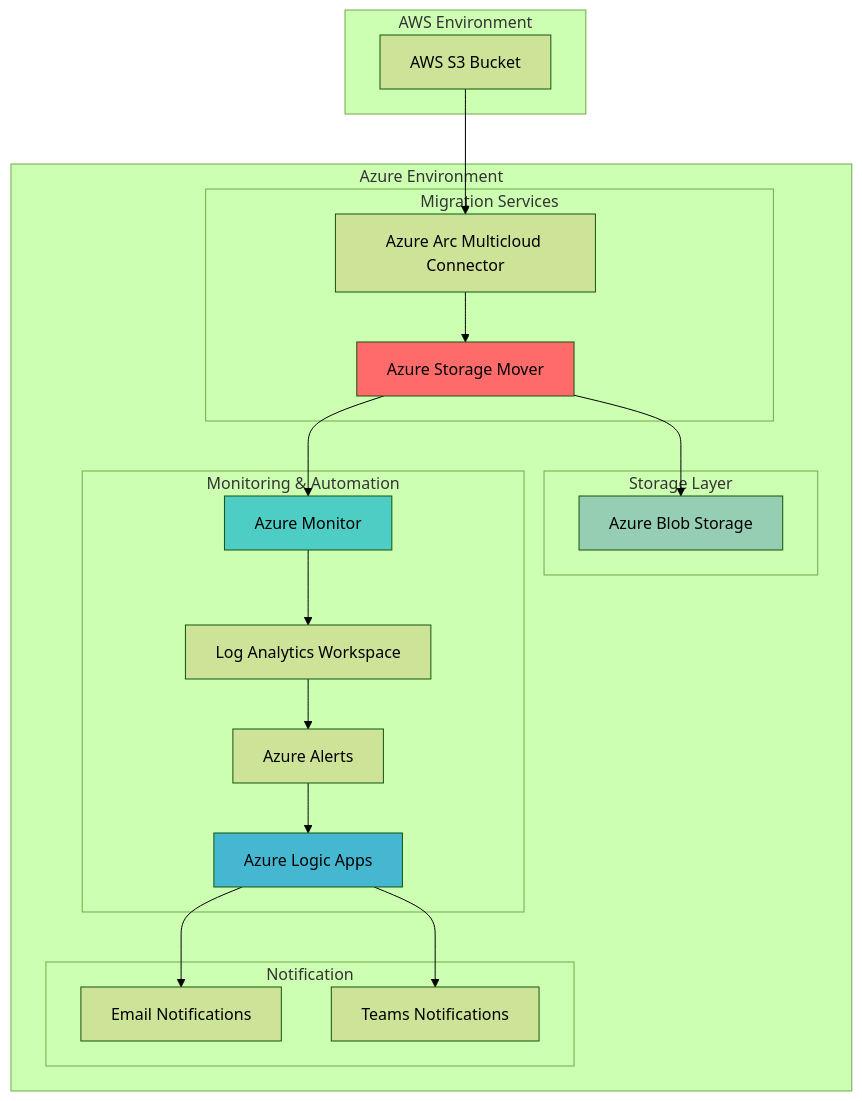
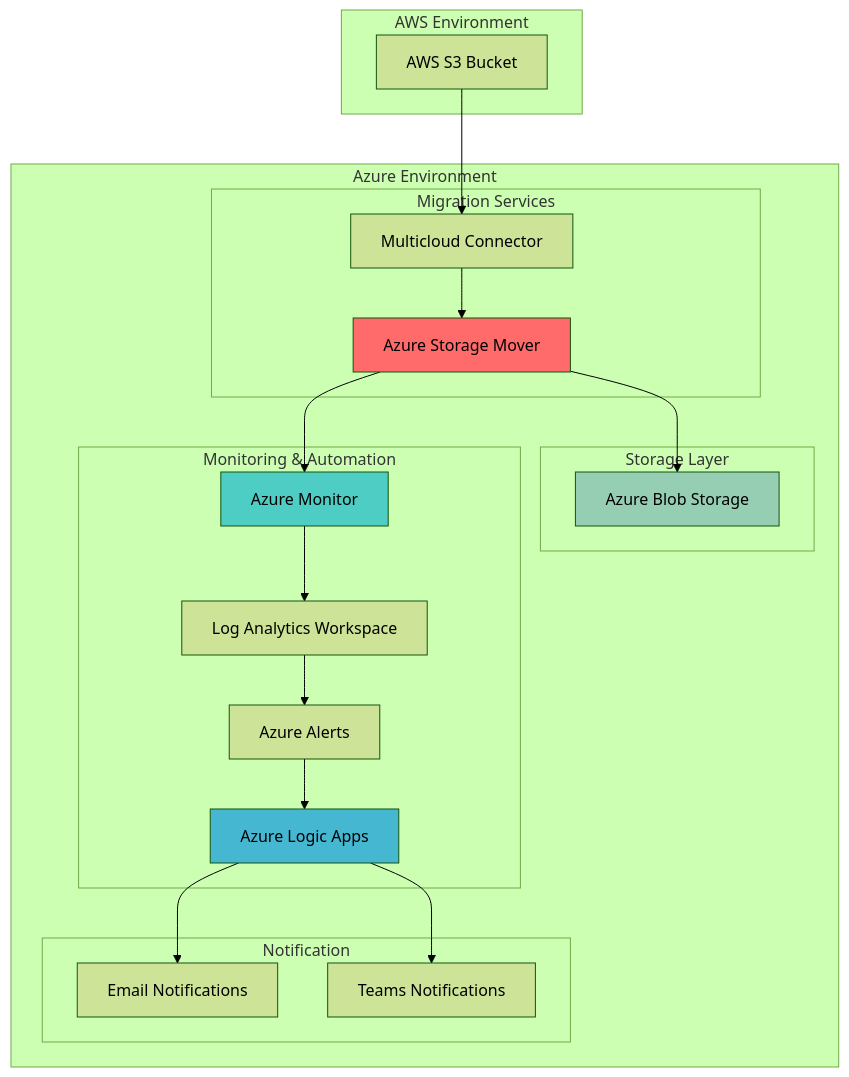
One commit to mzazon/awesome-cloud-projects changed the diagram in azure/multi-cloud-data-migration-storage-mover-monitor/multi-cloud-data-migration-storage-mover-monitor.md. Above: the diagram before and after it, drawn with Mermaid (forest theme). The commit also changed other lines of this file and 5581 other files, not shown here.

````diff
--- a/azure/multi-cloud-data-migration-storage-mover-monitor/multi-cloud-data-migration-storage-mover-monitor.md
+++ b/azure/multi-cloud-data-migration-storage-mover-monitor/multi-cloud-data-migration-storage-mover-monitor.md
@@ -30,44 +30,44 @@
 ```mermaid
 graph TB
     subgraph "AWS Environment"
         S3[AWS S3 Bucket]
     end
     
     subgraph "Azure Environment"
         subgraph "Migration Services"
             ASM[Azure Storage Mover]
-            ARC[Azure Arc Multicloud Connector]
+            CONNECTOR[Multicloud Connector]
         end
         
         subgraph "Storage Layer"
             BLOB[Azure Blob Storage]
         end
         
         subgraph "Monitoring & Automation"
             MONITOR[Azure Monitor]
             LOGS[Log Analytics Workspace]
             ALERTS[Azure Alerts]
             LOGIC[Azure Logic Apps]
         end
         
         subgraph "Notification"
             EMAIL[Email Notifications]
             TEAMS[Teams Notifications]
         end
     end
     
-    S3 --> ARC
-    ARC --> ASM
+    S3 --> CONNECTOR
+    CONNECTOR --> ASM
     ASM --> BLOB
     ASM --> MONITOR
     MONITOR --> LOGS
     LOGS --> ALERTS
     ALERTS --> LOGIC
     LOGIC --> EMAIL
     LOGIC --> TEAMS
     
     style ASM fill:#FF6B6B
     style MONITOR fill:#4ECDC4
     style LOGIC fill:#45B7D1
     style BLOB fill:#96CEB4
 ```
````
